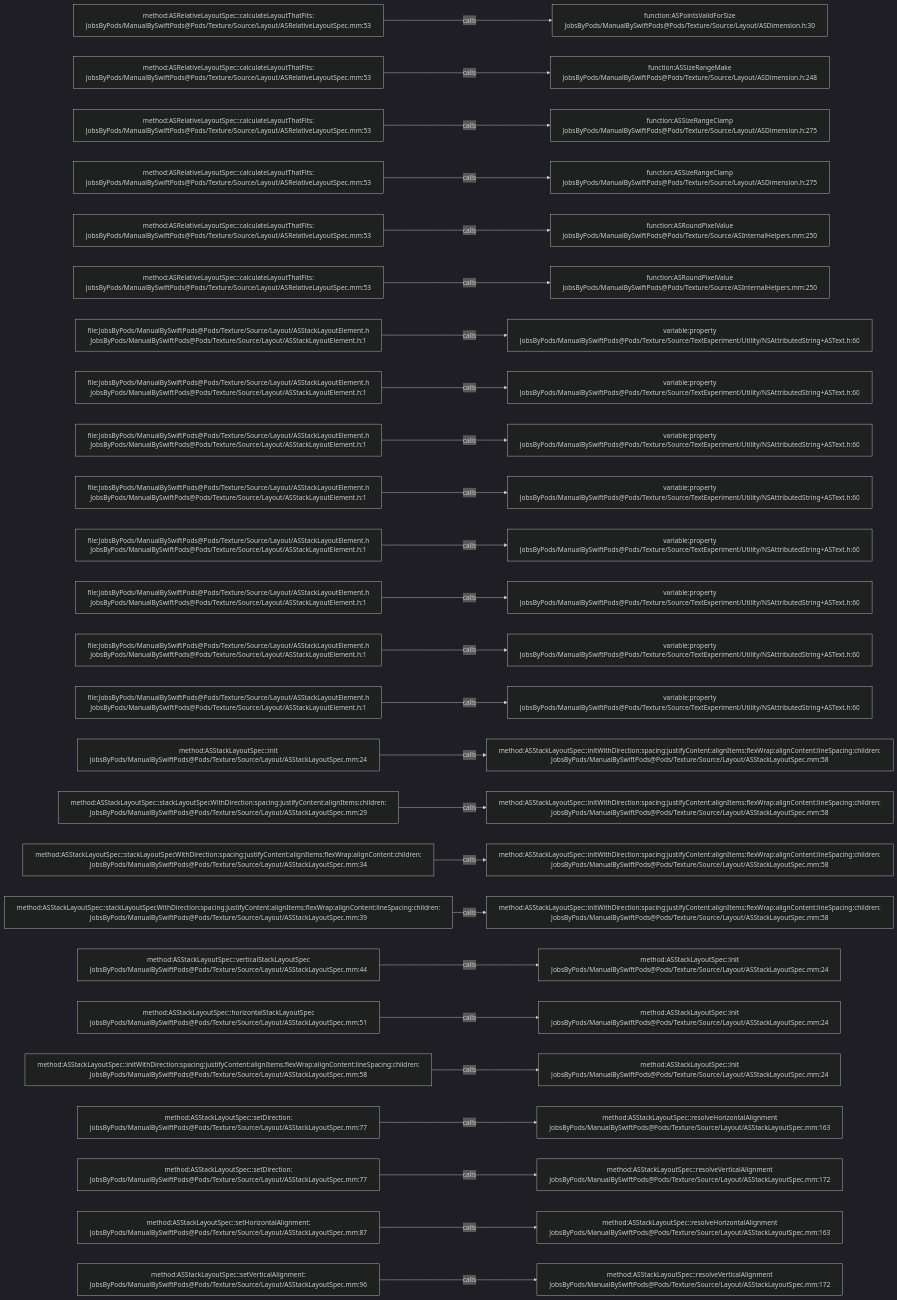
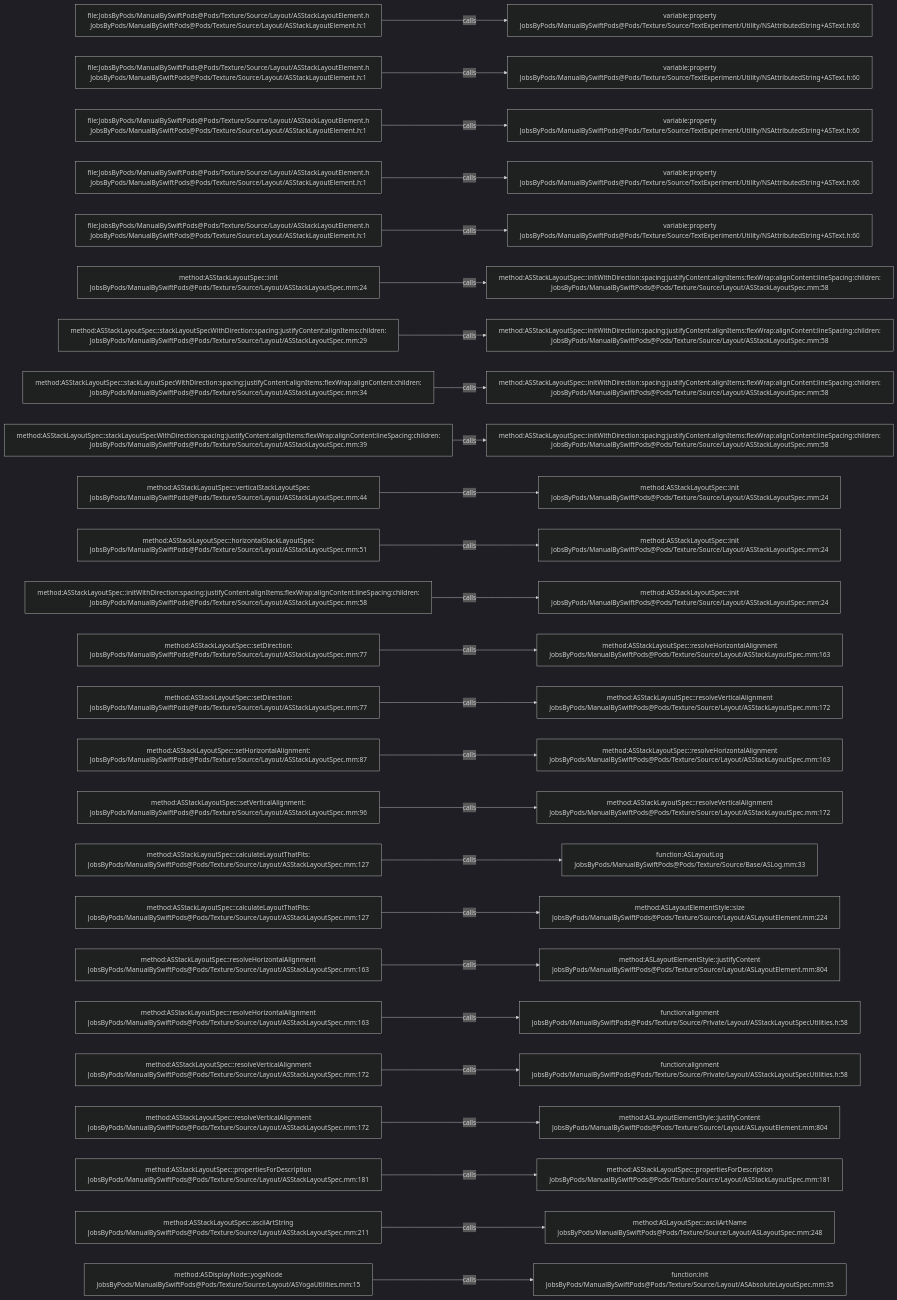
One commit to JobsKits/JobsSwiftBaseConfigDemo changed the diagram in .codegraph/codegraph.md/graphs/calls-113.md. Above: the diagram before and after it, drawn with Mermaid (dark theme). The commit also changed 707 other files, not shown here.

````diff
--- a/.codegraph/codegraph.md/graphs/calls-113.md
+++ b/.codegraph/codegraph.md/graphs/calls-113.md
@@ -13,78 +13,78 @@
 ```mermaid
 flowchart LR
-  S1["method:ASRelativeLayoutSpec::calculateLayoutThatFits:<br/>JobsByPods/ManualBySwiftPods@Pods/Texture/Source/Layout/ASRelativeLayoutSpec.mm:53"]
-  T1["function:ASPointsValidForSize<br/>JobsByPods/ManualBySwiftPods@Pods/Texture/Source/Layout/ASDimension.h:30"]
+  S1["file:JobsByPods/ManualBySwiftPods@Pods/Texture/Source/Layout/ASStackLayoutElement.h<br/>JobsByPods/ManualBySwiftPods@Pods/Texture/Source/Layout/ASStackLayoutElement.h:1"]
+  T1["variable:property<br/>JobsByPods/ManualBySwiftPods@Pods/Texture/Source/TextExperiment/Utility/NSAttributedString+ASText.h:60"]
   S1 -->|calls| T1
-  S2["method:ASRelativeLayoutSpec::calculateLayoutThatFits:<br/>JobsByPods/ManualBySwiftPods@Pods/Texture/Source/Layout/ASRelativeLayoutSpec.mm:53"]
-  T2["function:ASSizeRangeMake<br/>JobsByPods/ManualBySwiftPods@Pods/Texture/Source/Layout/ASDimension.h:248"]
+  S2["file:JobsByPods/ManualBySwiftPods@Pods/Texture/Source/Layout/ASStackLayoutElement.h<br/>JobsByPods/ManualBySwiftPods@Pods/Texture/Source/Layout/ASStackLayoutElement.h:1"]
+  T2["variable:property<br/>JobsByPods/ManualBySwiftPods@Pods/Texture/Source/TextExperiment/Utility/NSAttributedString+ASText.h:60"]
   S2 -->|calls| T2
-  S3["method:ASRelativeLayoutSpec::calculateLayoutThatFits:<br/>JobsByPods/ManualBySwiftPods@Pods/Texture/Source/Layout/ASRelativeLayoutSpec.mm:53"]
-  T3["function:ASSizeRangeClamp<br/>JobsByPods/ManualBySwiftPods@Pods/Texture/Source/Layout/ASDimension.h:275"]
+  S3["file:JobsByPods/ManualBySwiftPods@Pods/Texture/Source/Layout/ASStackLayoutElement.h<br/>JobsByPods/ManualBySwiftPods@Pods/Texture/Source/Layout/ASStackLayoutElement.h:1"]
+  T3["variable:property<br/>JobsByPods/ManualBySwiftPods@Pods/Texture/Source/TextExperiment/Utility/NSAttributedString+ASText.h:60"]
   S3 -->|calls| T3
-  S4["method:ASRelativeLayoutSpec::calculateLayoutThatFits:<br/>JobsByPods/ManualBySwiftPods@Pods/Texture/Source/Layout/ASRelativeLayoutSpec.mm:53"]
-  T4["function:ASSizeRangeClamp<br/>JobsByPods/ManualBySwiftPods@Pods/Texture/Source/Layout/ASDimension.h:275"]
+  S4["file:JobsByPods/ManualBySwiftPods@Pods/Texture/Source/Layout/ASStackLayoutElement.h<br/>JobsByPods/ManualBySwiftPods@Pods/Texture/Source/Layout/ASStackLayoutElement.h:1"]
+  T4["variable:property<br/>JobsByPods/ManualBySwiftPods@Pods/Texture/Source/TextExperiment/Utility/NSAttributedString+ASText.h:60"]
   S4 -->|calls| T4
-  S5["method:ASRelativeLayoutSpec::calculateLayoutThatFits:<br/>JobsByPods/ManualBySwiftPods@Pods/Texture/Source/Layout/ASRelativeLayoutSpec.mm:53"]
-  T5["function:ASRoundPixelValue<br/>JobsByPods/ManualBySwiftPods@Pods/Texture/Source/ASInternalHelpers.mm:250"]
+  S5["file:JobsByPods/ManualBySwiftPods@Pods/Texture/Source/Layout/ASStackLayoutElement.h<br/>JobsByPods/ManualBySwiftPods@Pods/Texture/Source/Layout/ASStackLayoutElement.h:1"]
+  T5["variable:property<br/>JobsByPods/ManualBySwiftPods@Pods/Texture/Source/TextExperiment/Utility/NSAttributedString+ASText.h:60"]
   S5 -->|calls| T5
-  S6["method:ASRelativeLayoutSpec::calculateLayoutThatFits:<br/>JobsByPods/ManualBySwiftPods@Pods/Texture/Source/Layout/ASRelativeLayoutSpec.mm:53"]
-  T6["function:ASRoundPixelValue<br/>JobsByPods/ManualBySwiftPods@Pods/Texture/Source/ASInternalHelpers.mm:250"]
+  S6["method:ASStackLayoutSpec::init<br/>JobsByPods/ManualBySwiftPods@Pods/Texture/Source/Layout/ASStackLayoutSpec.mm:24"]
+  T6["method:ASStackLayoutSpec::initWithDirection:spacing:justifyContent:alignItems:flexWrap:alignContent:lineSpacing:children:<br/>JobsByPods/ManualBySwiftPods@Pods/Texture/Source/Layout/ASStackLayoutSpec.mm:58"]
   S6 -->|calls| T6
-  S7["file:JobsByPods/ManualBySwiftPods@Pods/Texture/Source/Layout/ASStackLayoutElement.h<br/>JobsByPods/ManualBySwiftPods@Pods/Texture/Source/Layout/ASStackLayoutElement.h:1"]
-  T7["variable:property<br/>JobsByPods/ManualBySwiftPods@Pods/Texture/Source/TextExperiment/Utility/NSAttributedString+ASText.h:60"]
+  S7["method:ASStackLayoutSpec::stackLayoutSpecWithDirection:spacing:justifyContent:alignItems:children:<br/>JobsByPods/ManualBySwiftPods@Pods/Texture/Source/Layout/ASStackLayoutSpec.mm:29"]
+  T7["method:ASStackLayoutSpec::initWithDirection:spacing:justifyContent:alignItems:flexWrap:alignContent:lineSpacing:children:<br/>JobsByPods/ManualBySwiftPods@Pods/Texture/Source/Layout/ASStackLayoutSpec.mm:58"]
   S7 -->|calls| T7
-  S8["file:JobsByPods/ManualBySwiftPods@Pods/Texture/Source/Layout/ASStackLayoutElement.h<br/>JobsByPods/ManualBySwiftPods@Pods/Texture/Source/Layout/ASStackLayoutElement.h:1"]
-  T8["variable:property<br/>JobsByPods/ManualBySwiftPods@Pods/Texture/Source/TextExperiment/Utility/NSAttributedString+ASText.h:60"]
+  S8["method:ASStackLayoutSpec::stackLayoutSpecWithDirection:spacing:justifyContent:alignItems:flexWrap:alignContent:children:<br/>JobsByPods/ManualBySwiftPods@Pods/Texture/Source/Layout/ASStackLayoutSpec.mm:34"]
+  T8["method:ASStackLayoutSpec::initWithDirection:spacing:justifyContent:alignItems:flexWrap:alignContent:lineSpacing:children:<br/>JobsByPods/ManualBySwiftPods@Pods/Texture/Source/Layout/ASStackLayoutSpec.mm:58"]
   S8 -->|calls| T8
-  S9["file:JobsByPods/ManualBySwiftPods@Pods/Texture/Source/Layout/ASStackLayoutElement.h<br/>JobsByPods/ManualBySwiftPods@Pods/Texture/Source/Layout/ASStackLayoutElement.h:1"]
-  T9["variable:property<br/>JobsByPods/ManualBySwiftPods@Pods/Texture/Source/TextExperiment/Utility/NSAttributedString+ASText.h:60"]
+  S9["method:ASStackLayoutSpec::stackLayoutSpecWithDirection:spacing:justifyContent:alignItems:flexWrap:alignContent:lineSpacing:children:<br/>JobsByPods/ManualBySwiftPods@Pods/Texture/Source/Layout/ASStackLayoutSpec.mm:39"]
+  T9["method:ASStackLayoutSpec::initWithDirection:spacing:justifyContent:alignItems:flexWrap:alignContent:lineSpacing:children:<br/>JobsByPods/ManualBySwiftPods@Pods/Texture/Source/Layout/ASStackLayoutSpec.mm:58"]
   S9 -->|calls| T9
-  S10["file:JobsByPods/ManualBySwiftPods@Pods/Texture/Source/Layout/ASStackLayoutElement.h<br/>JobsByPods/ManualBySwiftPods@Pods/Texture/Source/Layout/ASStackLayoutElement.h:1"]
-  T10["variable:property<br/>JobsByPods/ManualBySwiftPods@Pods/Texture/Source/TextExperiment/Utility/NSAttributedString+ASText.h:60"]
+  S10["method:ASStackLayoutSpec::verticalStackLayoutSpec<br/>JobsByPods/ManualBySwiftPods@Pods/Texture/Source/Layout/ASStackLayoutSpec.mm:44"]
+  T10["method:ASStackLayoutSpec::init<br/>JobsByPods/ManualBySwiftPods@Pods/Texture/Source/Layout/ASStackLayoutSpec.mm:24"]
   S10 -->|calls| T10
-  S11["file:JobsByPods/ManualBySwiftPods@Pods/Texture/Source/Layout/ASStackLayoutElement.h<br/>JobsByPods/ManualBySwiftPods@Pods/Texture/Source/Layout/ASStackLayoutElement.h:1"]
-  T11["variable:property<br/>JobsByPods/ManualBySwiftPods@Pods/Texture/Source/TextExperiment/Utility/NSAttributedString+ASText.h:60"]
+  S11["method:ASStackLayoutSpec::horizontalStackLayoutSpec<br/>JobsByPods/ManualBySwiftPods@Pods/Texture/Source/Layout/ASStackLayoutSpec.mm:51"]
+  T11["method:ASStackLayoutSpec::init<br/>JobsByPods/ManualBySwiftPods@Pods/Texture/Source/Layout/ASStackLayoutSpec.mm:24"]
   S11 -->|calls| T11
-  S12["file:JobsByPods/ManualBySwiftPods@Pods/Texture/Source/Layout/ASStackLayoutElement.h<br/>JobsByPods/ManualBySwiftPods@Pods/Texture/Source/Layout/ASStackLayoutElement.h:1"]
-  T12["variable:property<br/>JobsByPods/ManualBySwiftPods@Pods/Texture/Source/TextExperiment/Utility/NSAttributedString+ASText.h:60"]
+  S12["method:ASStackLayoutSpec::initWithDirection:spacing:justifyContent:alignItems:flexWrap:alignContent:lineSpacing:children:<br/>JobsByPods/ManualBySwiftPods@Pods/Texture/Source/Layout/ASStackLayoutSpec.mm:58"]
+  T12["method:ASStackLayoutSpec::init<br/>JobsByPods/ManualBySwiftPods@Pods/Texture/Source/Layout/ASStackLayoutSpec.mm:24"]
   S12 -->|calls| T12
-  S13["file:JobsByPods/ManualBySwiftPods@Pods/Texture/Source/Layout/ASStackLayoutElement.h<br/>JobsByPods/ManualBySwiftPods@Pods/Texture/Source/Layout/ASStackLayoutElement.h:1"]
-  T13["variable:property<br/>JobsByPods/ManualBySwiftPods@Pods/Texture/Source/TextExperiment/Utility/NSAttributedString+ASText.h:60"]
+  S13["method:ASStackLayoutSpec::setDirection:<br/>JobsByPods/ManualBySwiftPods@Pods/Texture/Source/Layout/ASStackLayoutSpec.mm:77"]
+  T13["method:ASStackLayoutSpec::resolveHorizontalAlignment<br/>JobsByPods/ManualBySwiftPods@Pods/Texture/Source/Layout/ASStackLayoutSpec.mm:163"]
   S13 -->|calls| T13
-  S14["file:JobsByPods/ManualBySwiftPods@Pods/Texture/Source/Layout/ASStackLayoutElement.h<br/>JobsByPods/ManualBySwiftPods@Pods/Texture/Source/Layout/ASStackLayoutElement.h:1"]
-  T14["variable:property<br/>JobsByPods/ManualBySwiftPods@Pods/Texture/Source/TextExperiment/Utility/NSAttributedString+ASText.h:60"]
+  S14["method:ASStackLayoutSpec::setDirection:<br/>JobsByPods/ManualBySwiftPods@Pods/Texture/Source/Layout/ASStackLayoutSpec.mm:77"]
+  T14["method:ASStackLayoutSpec::resolveVerticalAlignment<br/>JobsByPods/ManualBySwiftPods@Pods/Texture/Source/Layout/ASStackLayoutSpec.mm:172"]
   S14 -->|calls| T14
-  S15["method:ASStackLayoutSpec::init<br/>JobsByPods/ManualBySwiftPods@Pods/Texture/Source/Layout/ASStackLayoutSpec.mm:24"]
-  T15["method:ASStackLayoutSpec::initWithDirection:spacing:justifyContent:alignItems:flexWrap:alignContent:lineSpacing:children:<br/>JobsByPods/ManualBySwiftPods@Pods/Texture/Source/Layout/ASStackLayoutSpec.mm:58"]
+  S15["method:ASStackLayoutSpec::setHorizontalAlignment:<br/>JobsByPods/ManualBySwiftPods@Pods/Texture/Source/Layout/ASStackLayoutSpec.mm:87"]
+  T15["method:ASStackLayoutSpec::resolveHorizontalAlignment<br/>JobsByPods/ManualBySwiftPods@Pods/Texture/Source/Layout/ASStackLayoutSpec.mm:163"]
   S15 -->|calls| T15
-  S16["method:ASStackLayoutSpec::stackLayoutSpecWithDirection:spacing:justifyContent:alignItems:children:<br/>JobsByPods/ManualBySwiftPods@Pods/Texture/Source/Layout/ASStackLayoutSpec.mm:29"]
-  T16["method:ASStackLayoutSpec::initWithDirection:spacing:justifyContent:alignItems:flexWrap:alignContent:lineSpacing:children:<br/>JobsByPods/ManualBySwiftPods@Pods/Texture/Source/Layout/ASStackLayoutSpec.mm:58"]
+  S16["method:ASStackLayoutSpec::setVerticalAlignment:<br/>JobsByPods/ManualBySwiftPods@Pods/Texture/Source/Layout/ASStackLayoutSpec.mm:96"]
+  T16["method:ASStackLayoutSpec::resolveVerticalAlignment<br/>JobsByPods/ManualBySwiftPods@Pods/Texture/Source/Layout/ASStackLayoutSpec.mm:172"]
   S16 -->|calls| T16
-  S17["method:ASStackLayoutSpec::stackLayoutSpecWithDirection:spacing:justifyContent:alignItems:flexWrap:alignContent:children:<br/>JobsByPods/ManualBySwiftPods@Pods/Texture/Source/Layout/ASStackLayoutSpec.mm:34"]
-  T17["method:ASStackLayoutSpec::initWithDirection:spacing:justifyContent:alignItems:flexWrap:alignContent:lineSpacing:children:<br/>JobsByPods/ManualBySwiftPods@Pods/Texture/Source/Layout/ASStackLayoutSpec.mm:58"]
+  S17["method:ASStackLayoutSpec::calculateLayoutThatFits:<br/>JobsByPods/ManualBySwiftPods@Pods/Texture/Source/Layout/ASStackLayoutSpec.mm:127"]
+  T17["function:ASLayoutLog<br/>JobsByPods/ManualBySwiftPods@Pods/Texture/Source/Base/ASLog.mm:33"]
   S17 -->|calls| T17
-  S18["method:ASStackLayoutSpec::stackLayoutSpecWithDirection:spacing:justifyContent:alignItems:flexWrap:alignContent:lineSpacing:children:<br/>JobsByPods/ManualBySwiftPods@Pods/Texture/Source/Layout/ASStackLayoutSpec.mm:39"]
-  T18["method:ASStackLayoutSpec::initWithDirection:spacing:justifyContent:alignItems:flexWrap:alignContent:lineSpacing:children:<br/>JobsByPods/ManualBySwiftPods@Pods/Texture/Source/Layout/ASStackLayoutSpec.mm:58"]
+  S18["method:ASStackLayoutSpec::calculateLayoutThatFits:<br/>JobsByPods/ManualBySwiftPods@Pods/Texture/Source/Layout/ASStackLayoutSpec.mm:127"]
+  T18["method:ASLayoutElementStyle::size<br/>JobsByPods/ManualBySwiftPods@Pods/Texture/Source/Layout/ASLayoutElement.mm:224"]
   S18 -->|calls| T18
-  S19["method:ASStackLayoutSpec::verticalStackLayoutSpec<br/>JobsByPods/ManualBySwiftPods@Pods/Texture/Source/Layout/ASStackLayoutSpec.mm:44"]
-  T19["method:ASStackLayoutSpec::init<br/>JobsByPods/ManualBySwiftPods@Pods/Texture/Source/Layout/ASStackLayoutSpec.mm:24"]
+  S19["method:ASStackLayoutSpec::resolveHorizontalAlignment<br/>JobsByPods/ManualBySwiftPods@Pods/Texture/Source/Layout/ASStackLayoutSpec.mm:163"]
+  T19["method:ASLayoutElementStyle::justifyContent<br/>JobsByPods/ManualBySwiftPods@Pods/Texture/Source/Layout/ASLayoutElement.mm:804"]
   S19 -->|calls| T19
-  S20["method:ASStackLayoutSpec::horizontalStackLayoutSpec<br/>JobsByPods/ManualBySwiftPods@Pods/Texture/Source/Layout/ASStackLayoutSpec.mm:51"]
-  T20["method:ASStackLayoutSpec::init<br/>JobsByPods/ManualBySwiftPods@Pods/Texture/Source/Layout/ASStackLayoutSpec.mm:24"]
+  S20["method:ASStackLayoutSpec::resolveHorizontalAlignment<br/>JobsByPods/ManualBySwiftPods@Pods/Texture/Source/Layout/ASStackLayoutSpec.mm:163"]
+  T20["function:alignment<br/>JobsByPods/ManualBySwiftPods@Pods/Texture/Source/Private/Layout/ASStackLayoutSpecUtilities.h:58"]
   S20 -->|calls| T20
-  S21["method:ASStackLayoutSpec::initWithDirection:spacing:justifyContent:alignItems:flexWrap:alignContent:lineSpacing:children:<br/>JobsByPods/ManualBySwiftPods@Pods/Texture/Source/Layout/ASStackLayoutSpec.mm:58"]
-  T21["method:ASStackLayoutSpec::init<br/>JobsByPods/ManualBySwiftPods@Pods/Texture/Source/Layout/ASStackLayoutSpec.mm:24"]
+  S21["method:ASStackLayoutSpec::resolveVerticalAlignment<br/>JobsByPods/ManualBySwiftPods@Pods/Texture/Source/Layout/ASStackLayoutSpec.mm:172"]
+  T21["function:alignment<br/>JobsByPods/ManualBySwiftPods@Pods/Texture/Source/Private/Layout/ASStackLayoutSpecUtilities.h:58"]
   S21 -->|calls| T21
-  S22["method:ASStackLayoutSpec::setDirection:<br/>JobsByPods/ManualBySwiftPods@Pods/Texture/Source/Layout/ASStackLayoutSpec.mm:77"]
-  T22["method:ASStackLayoutSpec::resolveHorizontalAlignment<br/>JobsByPods/ManualBySwiftPods@Pods/Texture/Source/Layout/ASStackLayoutSpec.mm:163"]
+  S22["method:ASStackLayoutSpec::resolveVerticalAlignment<br/>JobsByPods/ManualBySwiftPods@Pods/Texture/Source/Layout/ASStackLayoutSpec.mm:172"]
+  T22["method:ASLayoutElementStyle::justifyContent<br/>JobsByPods/ManualBySwiftPods@Pods/Texture/Source/Layout/ASLayoutElement.mm:804"]
   S22 -->|calls| T22
-  S23["method:ASStackLayoutSpec::setDirection:<br/>JobsByPods/ManualBySwiftPods@Pods/Texture/Source/Layout/ASStackLayoutSpec.mm:77"]
-  T23["method:ASStackLayoutSpec::resolveVerticalAlignment<br/>JobsByPods/ManualBySwiftPods@Pods/Texture/Source/Layout/ASStackLayoutSpec.mm:172"]
+  S23["method:ASStackLayoutSpec::propertiesForDescription<br/>JobsByPods/ManualBySwiftPods@Pods/Texture/Source/Layout/ASStackLayoutSpec.mm:181"]
+  T23["method:ASStackLayoutSpec::propertiesForDescription<br/>JobsByPods/ManualBySwiftPods@Pods/Texture/Source/Layout/ASStackLayoutSpec.mm:181"]
   S23 -->|calls| T23
-  S24["method:ASStackLayoutSpec::setHorizontalAlignment:<br/>JobsByPods/ManualBySwiftPods@Pods/Texture/Source/Layout/ASStackLayoutSpec.mm:87"]
-  T24["method:ASStackLayoutSpec::resolveHorizontalAlignment<br/>JobsByPods/ManualBySwiftPods@Pods/Texture/Source/Layout/ASStackLayoutSpec.mm:163"]
+  S24["method:ASStackLayoutSpec::asciiArtString<br/>JobsByPods/ManualBySwiftPods@Pods/Texture/Source/Layout/ASStackLayoutSpec.mm:211"]
+  T24["method:ASLayoutSpec::asciiArtName<br/>JobsByPods/ManualBySwiftPods@Pods/Texture/Source/Layout/ASLayoutSpec.mm:248"]
   S24 -->|calls| T24
-  S25["method:ASStackLayoutSpec::setVerticalAlignment:<br/>JobsByPods/ManualBySwiftPods@Pods/Texture/Source/Layout/ASStackLayoutSpec.mm:96"]
-  T25["method:ASStackLayoutSpec::resolveVerticalAlignment<br/>JobsByPods/ManualBySwiftPods@Pods/Texture/Source/Layout/ASStackLayoutSpec.mm:172"]
+  S25["method:ASDisplayNode::yogaNode<br/>JobsByPods/ManualBySwiftPods@Pods/Texture/Source/Layout/ASYogaUtilities.mm:15"]
+  T25["function:init<br/>JobsByPods/ManualBySwiftPods@Pods/Texture/Source/Layout/ASAbsoluteLayoutSpec.mm:35"]
   S25 -->|calls| T25
 ```
````
